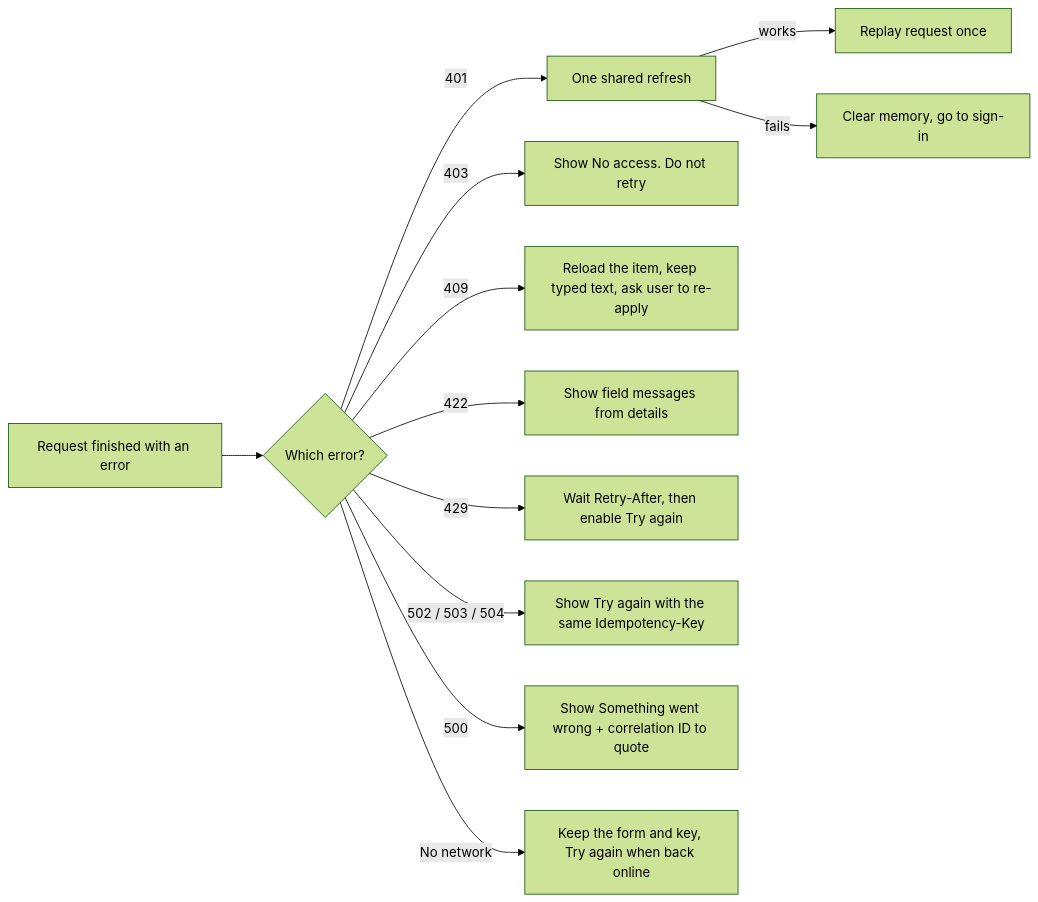
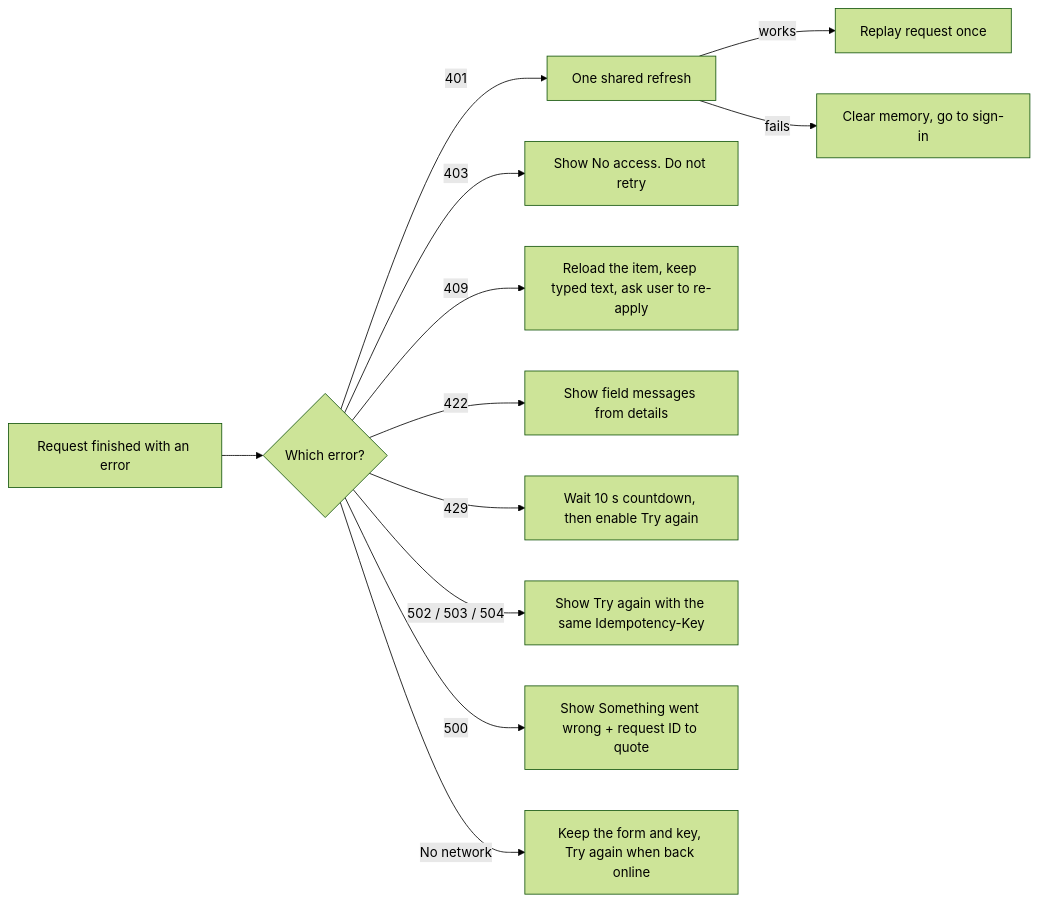
The seventh of 8 diagrams in docs/drafts/member-07-dispatcher-admin-web-gateway/doc-07-security-failure-and-recovery.md (phantomTroupeEAD/SwiftDrop), drawn with Mermaid (forest theme) before and after one commit. The commit also changed other lines of this file and 125 other files, not shown here.

````diff
--- a/docs/drafts/member-07-dispatcher-admin-web-gateway/doc-07-security-failure-and-recovery.md
+++ b/docs/drafts/member-07-dispatcher-admin-web-gateway/doc-07-security-failure-and-recovery.md
@@ -498,14 +510,14 @@
 ```mermaid
 flowchart LR
     S["Request finished with an error"] --> Q{"Which error?"}
     Q -->|"401"| R1["One shared refresh"]
     R1 -->|"works"| R2["Replay request once"]
     R1 -->|"fails"| R3["Clear memory, go to sign-in"]
     Q -->|"403"| F1["Show No access. Do not retry"]
     Q -->|"409"| C1["Reload the item, keep typed text, ask user to re-apply"]
     Q -->|"422"| V1["Show field messages from details"]
-    Q -->|"429"| W1["Wait Retry-After, then enable Try again"]
+    Q -->|"429"| W1["Wait 10 s countdown, then enable Try again"]
     Q -->|"502 / 503 / 504"| T1["Show Try again with the same Idempotency-Key"]
-    Q -->|"500"| E1["Show Something went wrong + correlation ID to quote"]
+    Q -->|"500"| E1["Show Something went wrong + request ID to quote"]
     Q -->|"No network"| N1["Keep the form and key, Try again when back online"]
 ```
````
